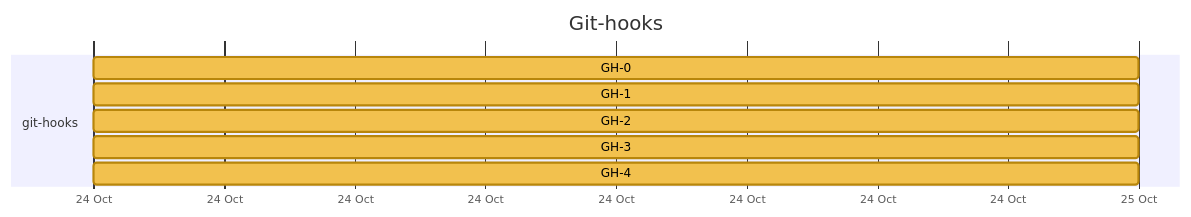
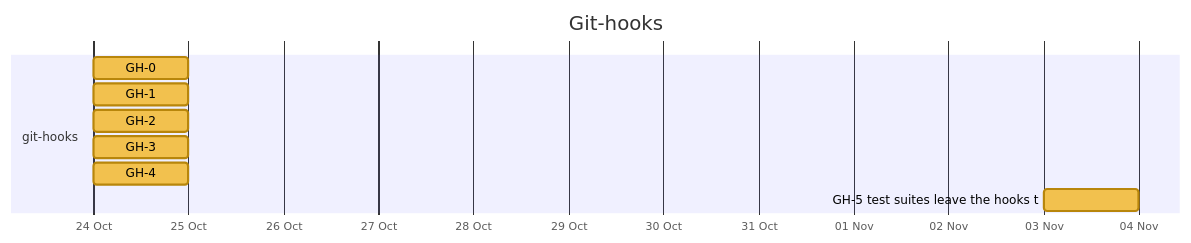
Before and after one commit to nebularis/lattice: the seventh of 26 diagrams in docs/developer/ROADMAP.md, drawn with Mermaid. The commit also changed other lines of this file and 297 other files, not shown here.

````diff
--- a/docs/developer/ROADMAP.md
+++ b/docs/developer/ROADMAP.md
@@ -270,13 +271,14 @@
 ```mermaid
 %%{init: {"themeVariables": {"taskBkgColor": "#f2c14e", "taskBorderColor": "#b8860b", "taskTextColor": "#000000", "activeTaskBkgColor": "#4e9af1", "activeTaskBorderColor": "#1f5fbf", "activeTaskBorderColor": "#1f5fbf", "doneTaskBkgColor": "#8fcf8f", "doneTaskBorderColor": "#2f7d32", "critBkgColor": "#f28b82", "critBorderColor": "#b23a30", "taskTextDarkColor": "#000000", "taskTextLightColor": "#000000"}}}%%
 gantt
     title Git-hooks
     dateFormat YYYY-MM-DD
     axisFormat %d %b
     section git-hooks
     GH-0 :gh0, 2026-10-24, 2026-10-25
     GH-1 :gh1, 2026-10-24, 2026-10-25
     GH-2 :gh2, 2026-10-24, 2026-10-25
     GH-3 :gh3, 2026-10-24, 2026-10-25
     GH-4 :gh4, 2026-10-24, 2026-10-25
+    GH-5 test suites leave the hooks t :gh5, 2026-11-03, 2026-11-04
 ```
````
